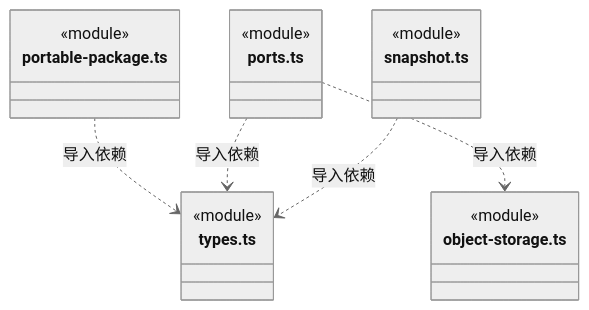
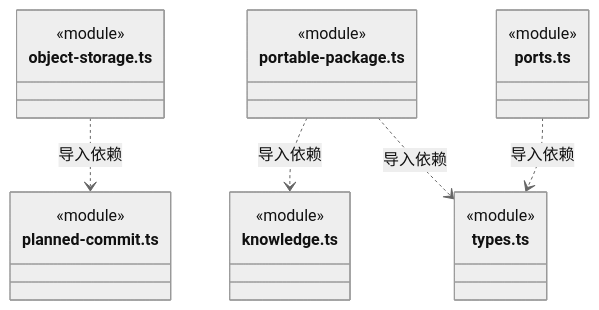
One commit to nan023062/cbim changed diagram 26 of 28 in src/backend/core/knowledge/ARCHITECTURE.md. Above: the diagram before and after it, drawn with Mermaid (neutral theme). The commit also changed other lines of this file and 97 other files, not shown here.

````diff
--- a/src/backend/core/knowledge/ARCHITECTURE.md
+++ b/src/backend/core/knowledge/ARCHITECTURE.md
@@ -565,22 +634,25 @@
 ```mermaid
 classDiagram
+class N_src_backend_core_knowledge_object_storage_ts["object-storage.ts"] {
+  <<module>>
+}
+class N_src_backend_core_knowledge_planned_commit_ts["planned-commit.ts"] {
+  <<module>>
+}
 class N_src_backend_core_knowledge_portable_package_ts["portable-package.ts"] {
+  <<module>>
+}
+class N_src_backend_core_knowledge_knowledge_ts["knowledge.ts"] {
   <<module>>
 }
 class N_src_backend_core_knowledge_types_ts["types.ts"] {
   <<module>>
 }
 class N_src_backend_core_knowledge_ports_ts["ports.ts"] {
   <<module>>
 }
-class N_src_backend_core_knowledge_object_storage_ts["object-storage.ts"] {
-  <<module>>
-}
-class N_src_backend_core_knowledge_snapshot_ts["snapshot.ts"] {
-  <<module>>
-}
+N_src_backend_core_knowledge_object_storage_ts ..> N_src_backend_core_knowledge_planned_commit_ts : 导入依赖
+N_src_backend_core_knowledge_portable_package_ts ..> N_src_backend_core_knowledge_knowledge_ts : 导入依赖
 N_src_backend_core_knowledge_portable_package_ts ..> N_src_backend_core_knowledge_types_ts : 导入依赖
 N_src_backend_core_knowledge_ports_ts ..> N_src_backend_core_knowledge_types_ts : 导入依赖
-N_src_backend_core_knowledge_ports_ts ..> N_src_backend_core_knowledge_object_storage_ts : 导入依赖
-N_src_backend_core_knowledge_snapshot_ts ..> N_src_backend_core_knowledge_types_ts : 导入依赖
 ```
````
